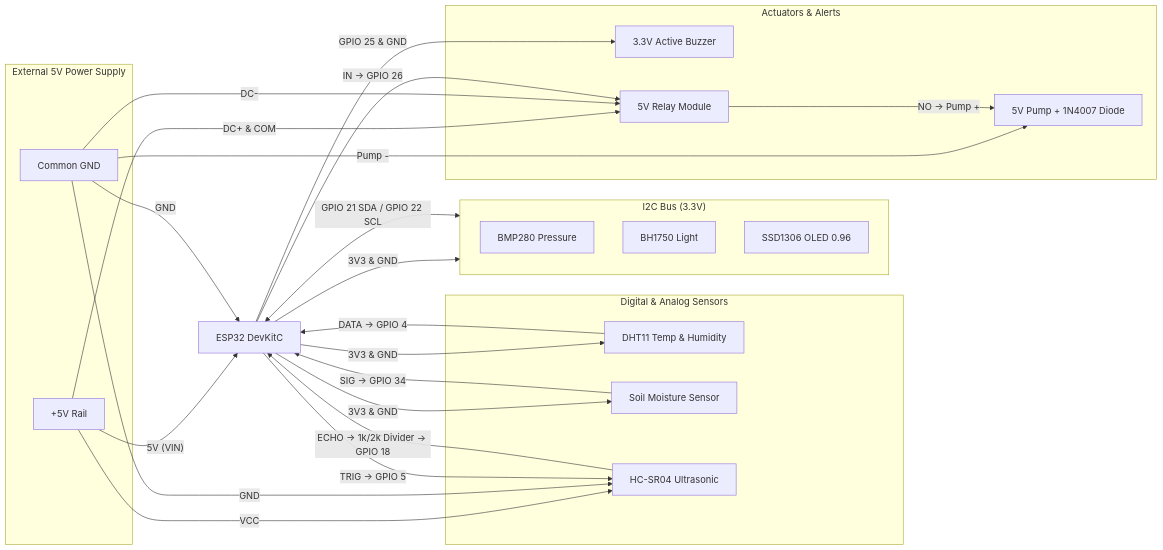
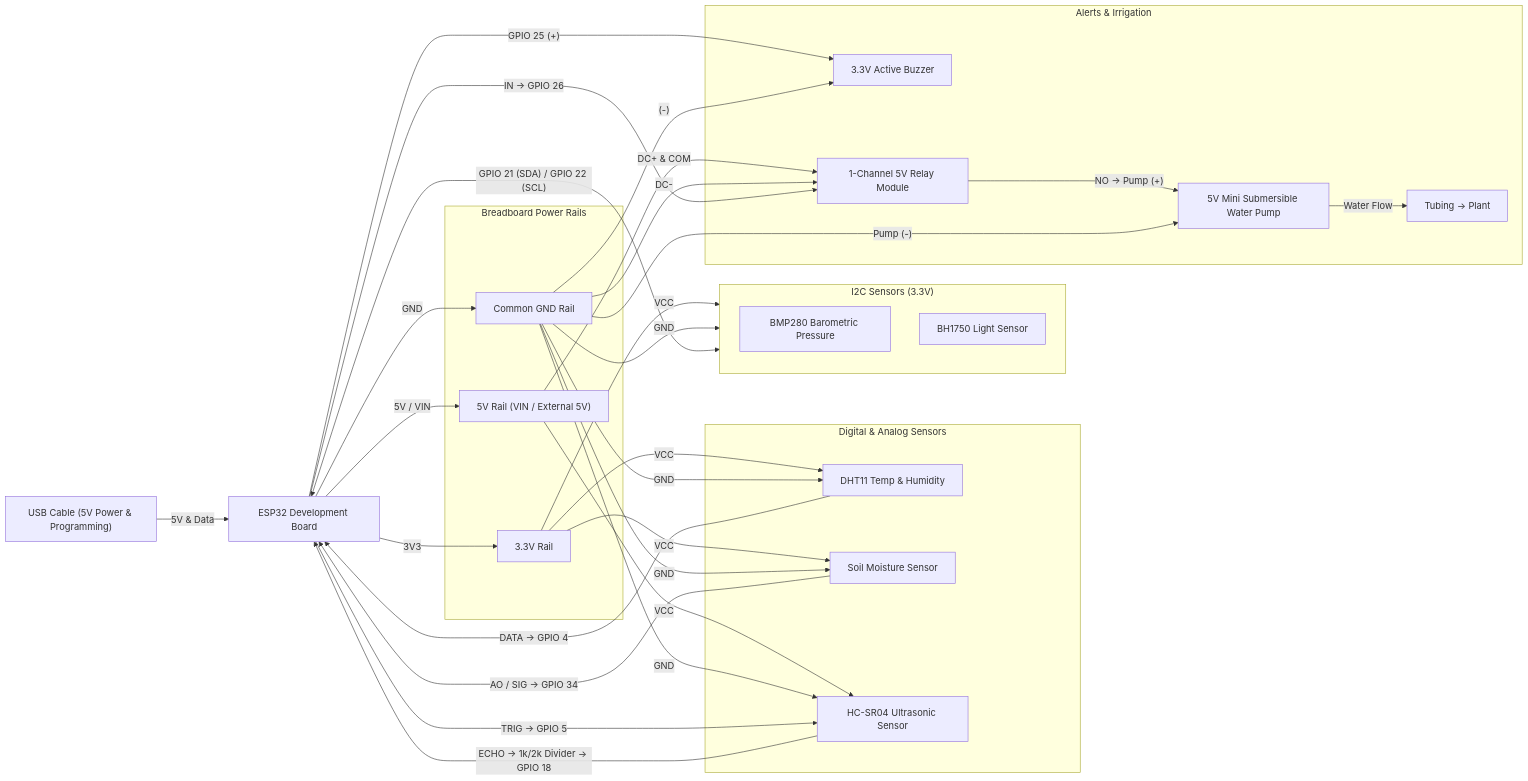
One commit to Shadow-ranger01/greelife changed the diagram in README.md. Above: the diagram before and after it, drawn with Mermaid. The commit also changed other lines of this file and 1 other file, not shown here.

Commit message:
FIX python frontend bug fix and updated readme

````diff
--- a/README.md
+++ b/README.md
@@ -7,51 +9,59 @@
 ```mermaid
 flowchart LR
-    subgraph PSU["External 5V Power Supply"]
-        V5["+5V Rail"]
-        GND["Common GND"]
+    USB["USB Cable (5V Power & Programming)"] -->|"5V & Data"| ESP["ESP32 Development Board"]
+
+    subgraph RAILS["Breadboard Power Rails"]
+        V33["3.3V Rail"]
+        V5["5V Rail (VIN / External 5V)"]
+        GND["Common GND Rail"]
     end
 
-    subgraph I2C["I2C Bus (3.3V)"]
-        BMP["BMP280 Pressure"]
-        BH["BH1750 Light"]
-        OLED["SSD1306 OLED 0.96"]
+    ESP -->|"3V3"| V33
+    ESP -->|"5V / VIN"| V5
+    ESP -->|"GND"| GND
+
+    subgraph I2C["I2C Sensors (3.3V)"]
+        BMP["BMP280 Barometric Pressure"]
+        BH["BH1750 Light Sensor"]
     end
 
-    subgraph SENS["Digital & Analog Sensors"]
+    subgraph IO["Digital & Analog Sensors"]
         DHT["DHT11 Temp & Humidity"]
         SOIL["Soil Moisture Sensor"]
-        US["HC-SR04 Ultrasonic"]
+        US["HC-SR04 Ultrasonic Sensor"]
     end
 
-    ESP["ESP32 DevKitC"]
-
-    subgraph OUT["Actuators & Alerts"]
+    subgraph OUT["Alerts & Irrigation"]
         BUZ["3.3V Active Buzzer"]
-        REL["5V Relay Module"]
-        PUMP["5V Pump + 1N4007 Diode"]
+        REL["1-Channel 5V Relay Module"]
+        PUMP["5V Mini Submersible Water Pump"]
+        TUBE["Tubing -> Plant"]
     end
 
-    V5 -->|"5V (VIN)"| ESP
-    V5 -->|"VCC"| US
-    V5 -->|"DC+ & COM"| REL
-    GND -->|"GND"| ESP
-    GND -->|"GND"| US
-    GND -->|"DC-"| REL
-    GND -->|"Pump -"| PUMP
+    V33 -->|"VCC"| I2C
+    GND -->|"GND"| I2C
+    ESP <-->|"GPIO 21 (SDA) / GPIO 22 (SCL)"| I2C
 
-    ESP -->|"3V3 & GND"| I2C
-    ESP <-->|"GPIO 21 SDA / GPIO 22 SCL"| I2C
-
-    ESP -->|"3V3 & GND"| DHT
+    V33 -->|"VCC"| DHT
+    GND -->|"GND"| DHT
     DHT -->|"DATA -> GPIO 4"| ESP
 
-    ESP -->|"3V3 & GND"| SOIL
-    SOIL -->|"SIG -> GPIO 34"| ESP
+    V33 -->|"VCC"| SOIL
+    GND -->|"GND"| SOIL
+    SOIL -->|"AO / SIG -> GPIO 34"| ESP
 
+    V5 -->|"VCC"| US
+    GND -->|"GND"| US
     ESP -->|"TRIG -> GPIO 5"| US
     US -->|"ECHO -> 1k/2k Divider -> GPIO 18"| ESP
 
-    ESP -->|"GPIO 25 & GND"| BUZ
+    ESP -->|"GPIO 25 (+)"| BUZ
+    GND -->|"(-)"| BUZ
+
+    V5 -->|"DC+ & COM"| REL
+    GND -->|"DC-"| REL
     ESP -->|"IN -> GPIO 26"| REL
-    REL -->|"NO -> Pump +"| PUMP
+    REL -->|"NO -> Pump (+)"| PUMP
+    GND -->|"Pump (-)"| PUMP
+    PUMP -->|"Water Flow"| TUBE
 ```
````
